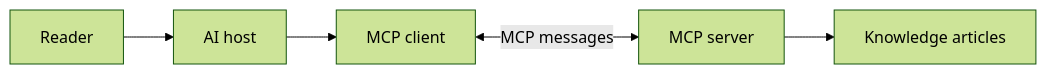
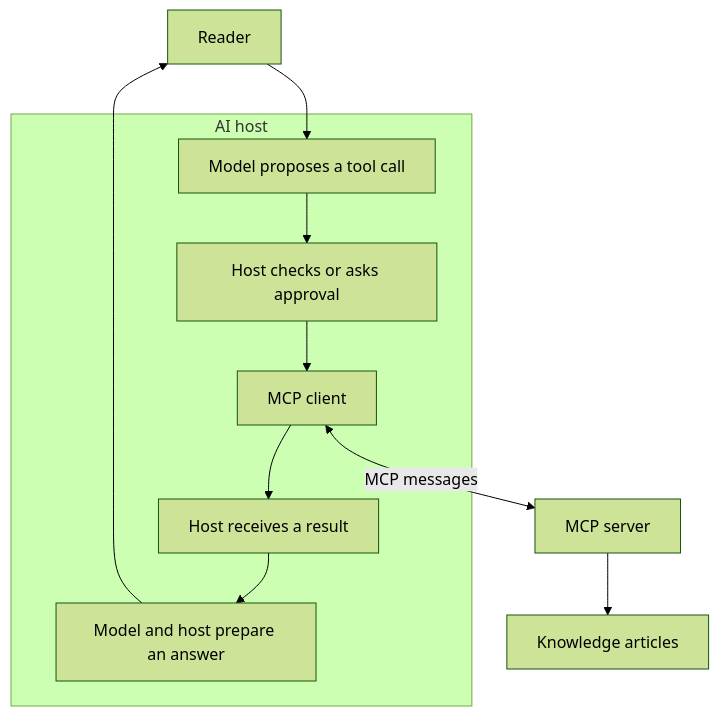
The diagram in knowledge/ai/ai-tooling/model-context-protocol.md (David-A18/MY-humble-knowledge-for-everyone), drawn with Mermaid (forest theme) before and after one commit. The commit also changed other lines of this file and 7 other files, not shown here.

````diff
--- a/knowledge/ai/ai-tooling/model-context-protocol.md
+++ b/knowledge/ai/ai-tooling/model-context-protocol.md
@@ -60,7 +63,13 @@
 ```mermaid
-flowchart LR
-  person["Reader"] --> host["AI host"]
-  host --> client["MCP client"]
+flowchart TB
+  person["Reader"] --> model
+  subgraph host["AI host"]
+    model["Model proposes a tool call"] --> gate["Host checks or asks approval"]
+    gate --> client["MCP client"]
+    client --> result["Host receives a result"]
+    result --> answer["Model and host prepare an answer"]
+  end
   client <-->|"MCP messages"| server["MCP server"]
   server --> corpus["Knowledge articles"]
+  answer --> person
 ```
````
